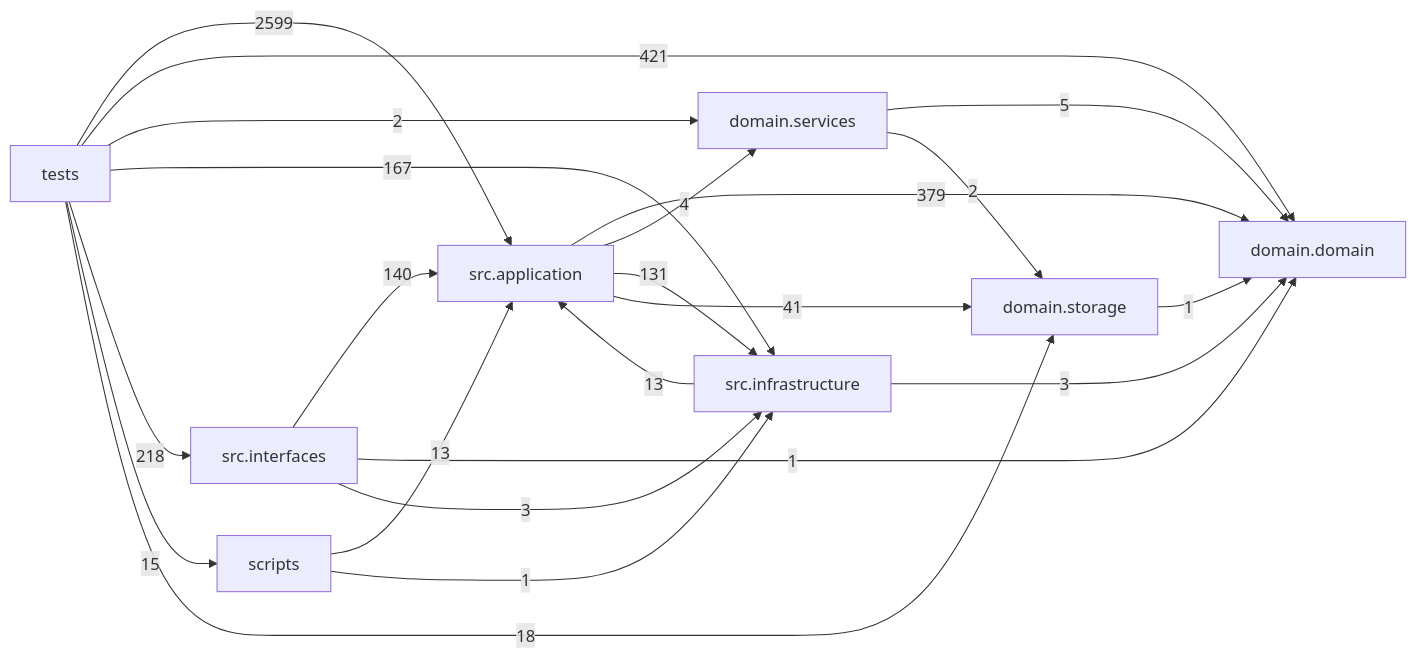
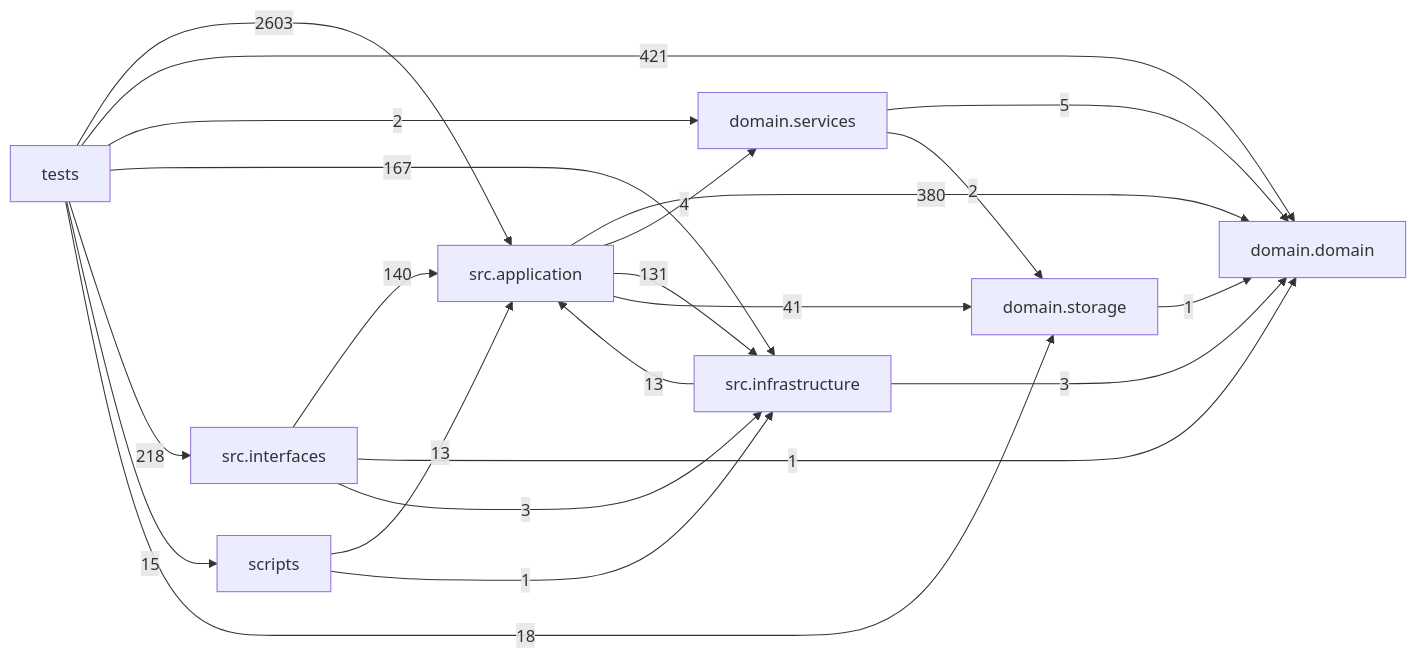
Before and after one commit to liuxie066/options-monitor: the diagram in docs/DEPENDENCY_GRAPH.md, drawn with Mermaid. The commit also changed other lines of this file and 22 other files, not shown here.

````diff
--- a/docs/DEPENDENCY_GRAPH.md
+++ b/docs/DEPENDENCY_GRAPH.md
@@ -24,32 +24,32 @@
 ```mermaid
 flowchart LR
   tests["tests"]
   scripts["scripts"]
   interfaces["src.interfaces"]
   application["src.application"]
   infrastructure["src.infrastructure"]
   domain_services["domain.services"]
   domain["domain.domain"]
   storage["domain.storage"]
-  application -->|379| domain
+  application -->|380| domain
   application -->|4| domain_services
   application -->|131| infrastructure
   application -->|41| storage
   domain_services -->|5| domain
   domain_services -->|2| storage
   infrastructure -->|13| application
   infrastructure -->|3| domain
   interfaces -->|140| application
   interfaces -->|1| domain
   interfaces -->|3| infrastructure
   scripts -->|13| application
   scripts -->|1| infrastructure
   storage -->|1| domain
-  tests -->|2599| application
+  tests -->|2603| application
   tests -->|421| domain
   tests -->|2| domain_services
   tests -->|167| infrastructure
   tests -->|218| interfaces
   tests -->|15| scripts
   tests -->|18| storage
 ```
````
